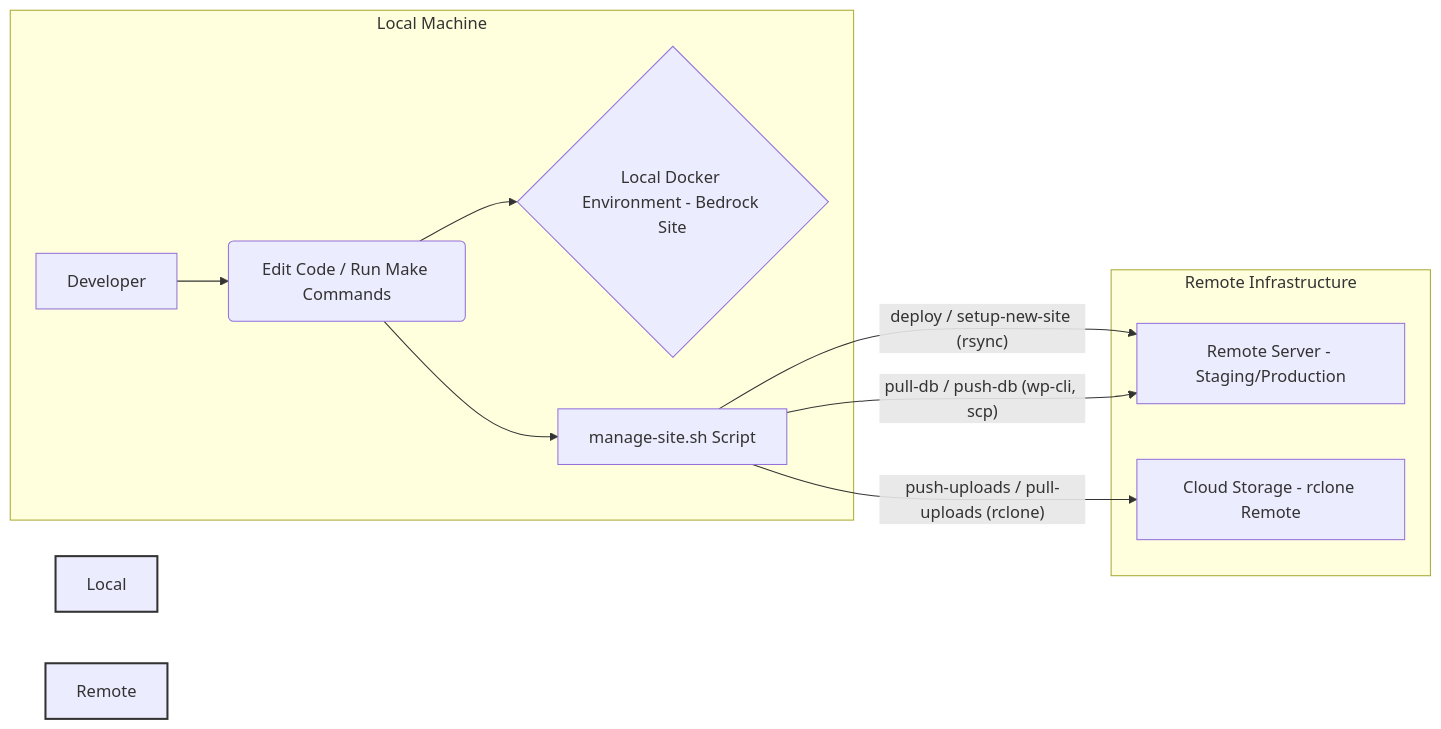
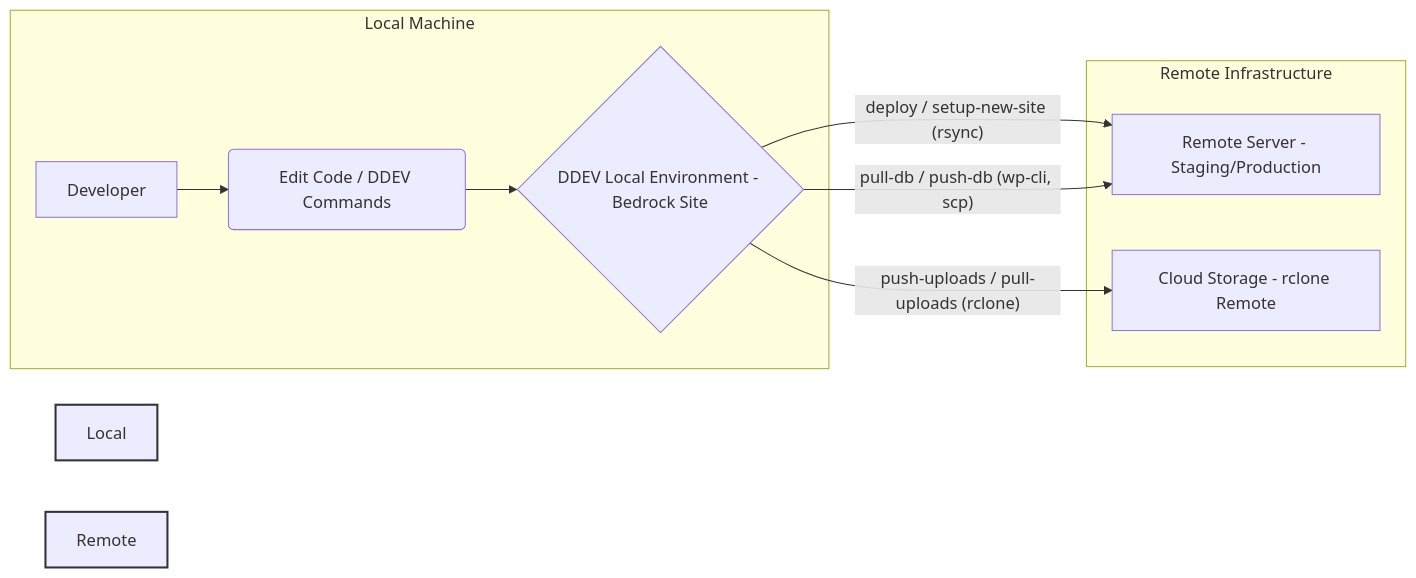
The diagram in README.md (satusdev/bedrock-forge), drawn with Mermaid before and after one commit. The commit also changed other lines of this file and 21 other files, not shown here.

Commit message:
feat: use ddev for local site dev

````diff
--- a/README.md
+++ b/README.md
@@ -105,20 +95,19 @@
 ```mermaid
 graph LR
     subgraph Local Machine
-        A[Developer] --> B(Edit Code / Run Make Commands)
-        B --> C{Local Docker Environment - Bedrock Site}
-        B --> D[manage-site.sh Script]
+        A[Developer] --> B(Edit Code / DDEV Commands)
+        B --> C{DDEV Local Environment - Bedrock Site}
     end
 
     subgraph Remote Infrastructure
         E[Remote Server - Staging/Production]
         F[Cloud Storage - rclone Remote]
     end
 
-    D -- "deploy / setup-new-site (rsync)" --> E
-    D -- "pull-db / push-db (wp-cli, scp)" --> E
-    D -- "push-uploads / pull-uploads (rclone)" --> F
+    C -- "deploy / setup-new-site (rsync)" --> E
+    C -- "pull-db / push-db (wp-cli, scp)" --> E
+    C -- "push-uploads / pull-uploads (rclone)" --> F
 
     style Local Machine fill:#ccf,stroke:#333,stroke-width:2px
     style Remote Infrastructure fill:#f9f,stroke:#333,stroke-width:2px
 ```
````
